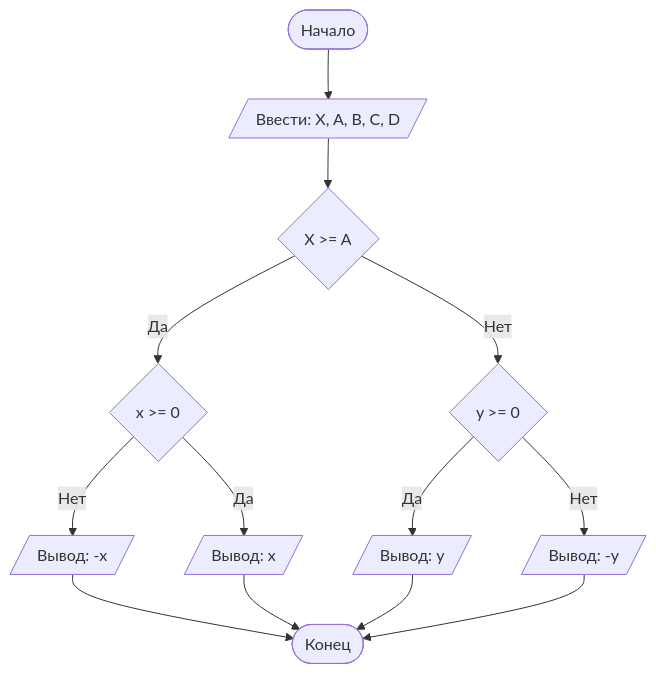
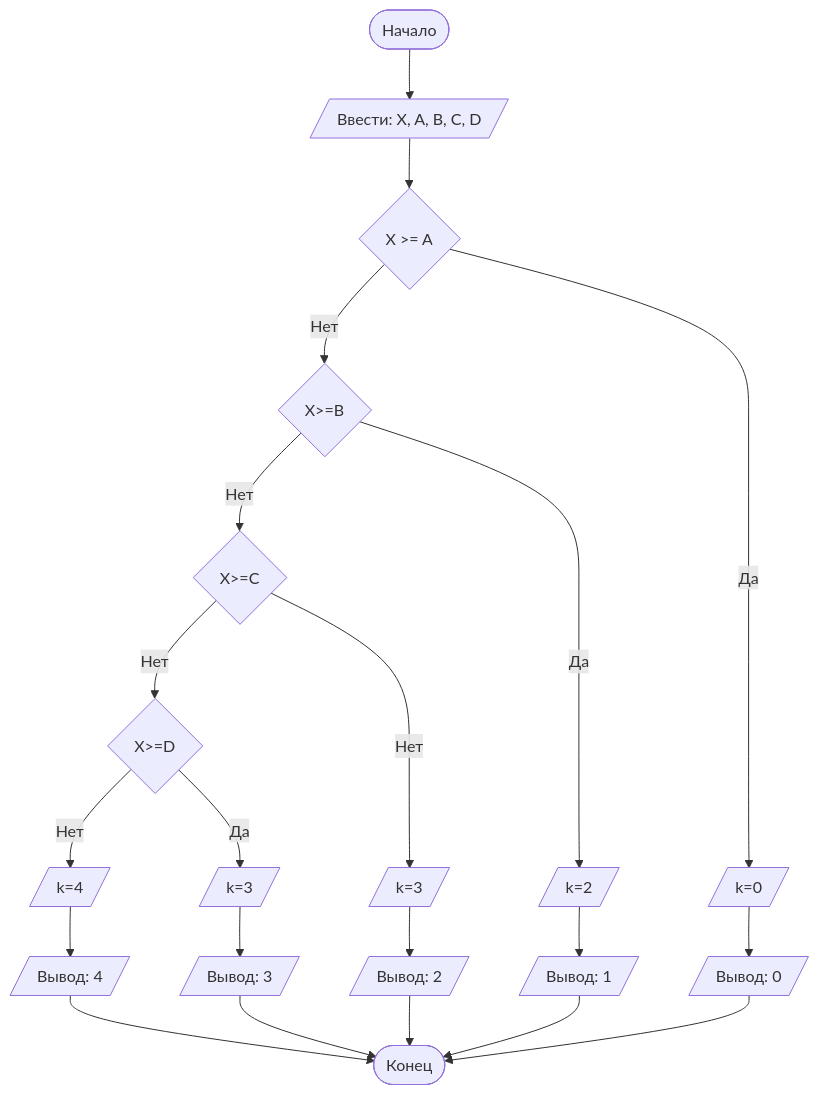
One commit to irinagvozdeva/Lab1 changed the diagram in README.md. Above: the diagram before and after it, drawn with Mermaid.

````diff
--- a/README.md
+++ b/README.md
@@ -86,16 +86,24 @@
 ```mermaid
 graph TD
     A([Начало]) --> B[/Ввести: X, A, B, C, D/]
     B --> C{X >= A}
-    C -- Нет --> D{y >= 0}
-    D -- Нет --> E[/Вывод: -y/]
-    D -- Да --> H[/Вывод: y/]
-    C -- Да --> I{x >= 0}
-    I -- Нет --> J[/Вывод: -x/]
-    I -- Да --> K[/Вывод: x/]
-    J --> Z
-    K --> Z
-    H --> Z
-    E --> Z([Конец])
+    C -- Нет --> D{X>=B}
+    D -- Нет --> E{X>=C}
+    E -- Нет --> F{X>=D}
+    F -- Нет --> H[/k=4/]
+    H --> I[/Вывод: 4/]
+    C -- Да --> J[/k=0/]
+    J --> L[/Вывод: 0/]
+    D -- Да --> K[/k=2/]
+    K --> M[/Вывод: 1/]
+    E -- Нет --> G[/k=3/]
+    G --> N[/Вывод: 2/]
+    F -- Да --> R[/k=3/]
+    R --> S[/Вывод: 3/]
+    I --> Z
+    L --> Z
+    M --> Z
+    N --> Z
+    S --> Z([Конец])
 
 ```
````
